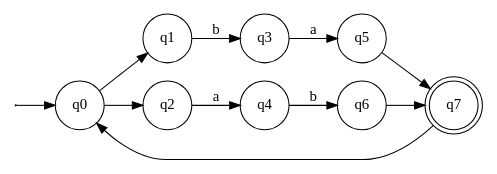
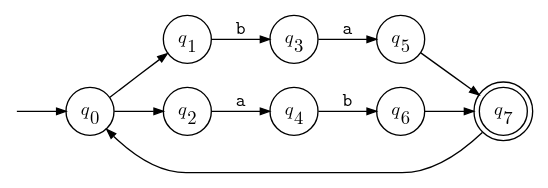
One commit to karlstroetmann/Formal-Languages changed the diagram in Lecture-Notes/Abbildungen/ab-or-ba-star.dot. Above: the diagram before and after it, drawn with Graphviz. The commit also changed other lines of this file and 57 other files, not shown here.

First line of the commit message:
Redraw the remaining EPS figures of the lecture notes as PDFs

```diff
--- a/Lecture-Notes/Abbildungen/ab-or-ba-star.dot
+++ b/Lecture-Notes/Abbildungen/ab-or-ba-star.dot
@@ -1,28 +1,30 @@
-digraph G {    
-    shape   = circle;
-    rankdir = LR;
-    size    = "5,7";
-
-    start [label="",width=0.00001,height=0.00001];
+digraph G {
+    // The states are labelled in Latin Modern Math, like $q_0$ in the lecture
+    // notes, the transitions in Latin Modern Mono, like \texttt{a}.
+    rankdir=LR;
+    node [shape=circle, fixedsize=true, width=0.5,
+          fontname="Latin Modern Math", fontsize=14];
+    edge [fontname="Latin Modern Mono", fontsize=14, arrowsize=0.7];
+    // The edges without a label are $\varepsilon$-transitions.
+    start [shape=none, label="", width=0, height=0];
 
     start -> 0;
-    0 [label = "q0", shape = circle];
-    1 [label = "q1", shape = circle];
-    2 [label = "q2", shape = circle];
-    3 [label = "q3", shape = circle];
-    4 [label = "q4", shape = circle];
-    5 [label = "q5", shape = circle];
-    6 [label = "q6", shape = circle];
-    7 [label = "q7", shape = circle, peripheries = 2];
-
+    0 [label=<𝑞<SUB>0</SUB>>];
+    1 [label=<𝑞<SUB>1</SUB>>];
+    2 [label=<𝑞<SUB>2</SUB>>];
+    3 [label=<𝑞<SUB>3</SUB>>];
+    4 [label=<𝑞<SUB>4</SUB>>];
+    5 [label=<𝑞<SUB>5</SUB>>];
+    6 [label=<𝑞<SUB>6</SUB>>];
+    7 [label=<𝑞<SUB>7</SUB>>, shape=doublecircle];
 
     0 -> 1;
     0 -> 2;
-    1 -> 3 [label = "b"];
-    3 -> 5 [label = "a"];
+    1 -> 3 [label="b"];
+    3 -> 5 [label="a"];
     7 -> 0;
-    2 -> 4 [label = "a"];
-    4 -> 6 [label = "b"];
+    2 -> 4 [label="a"];
+    4 -> 6 [label="b"];
     5 -> 7;
     6 -> 7;
 }
```
